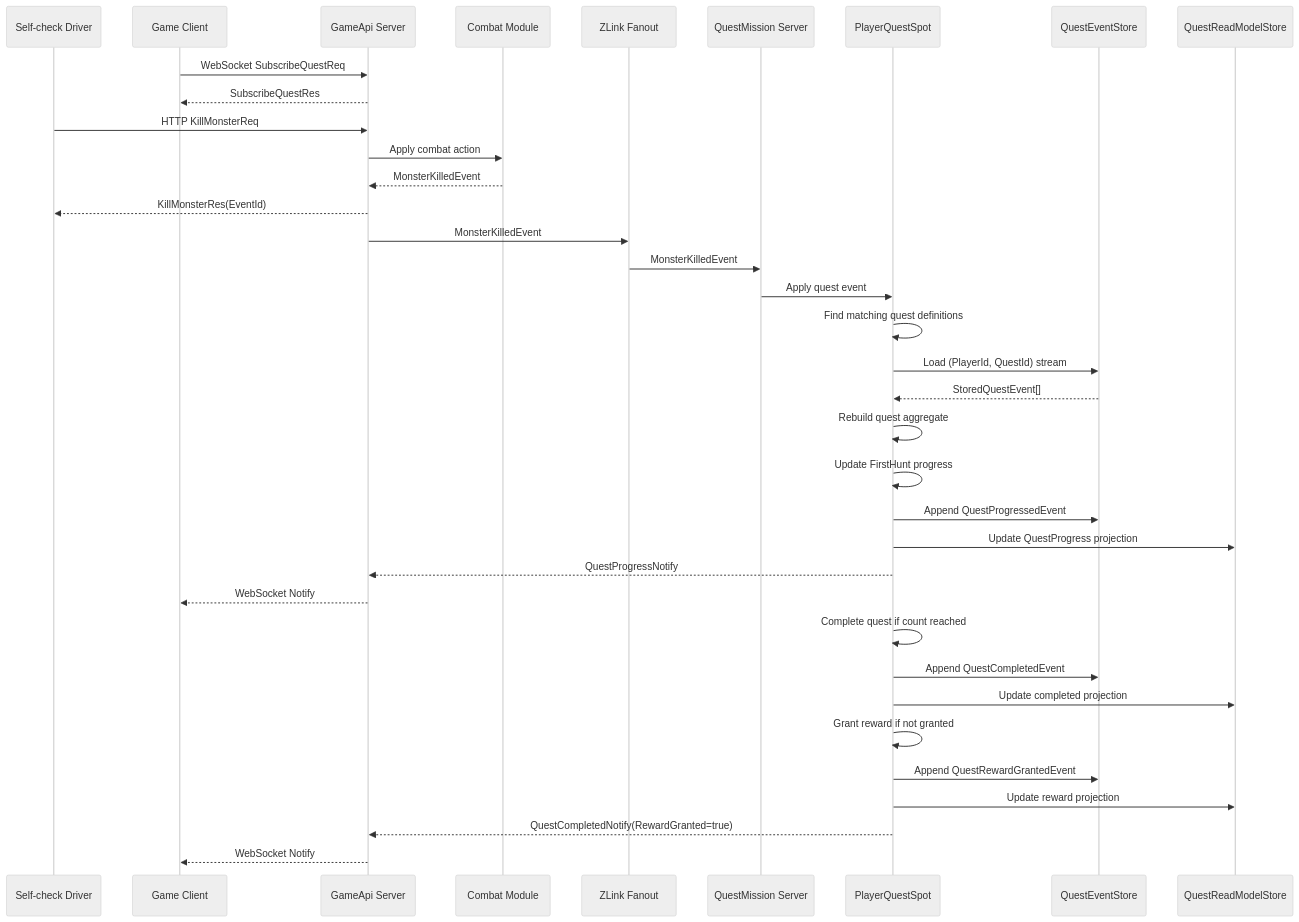
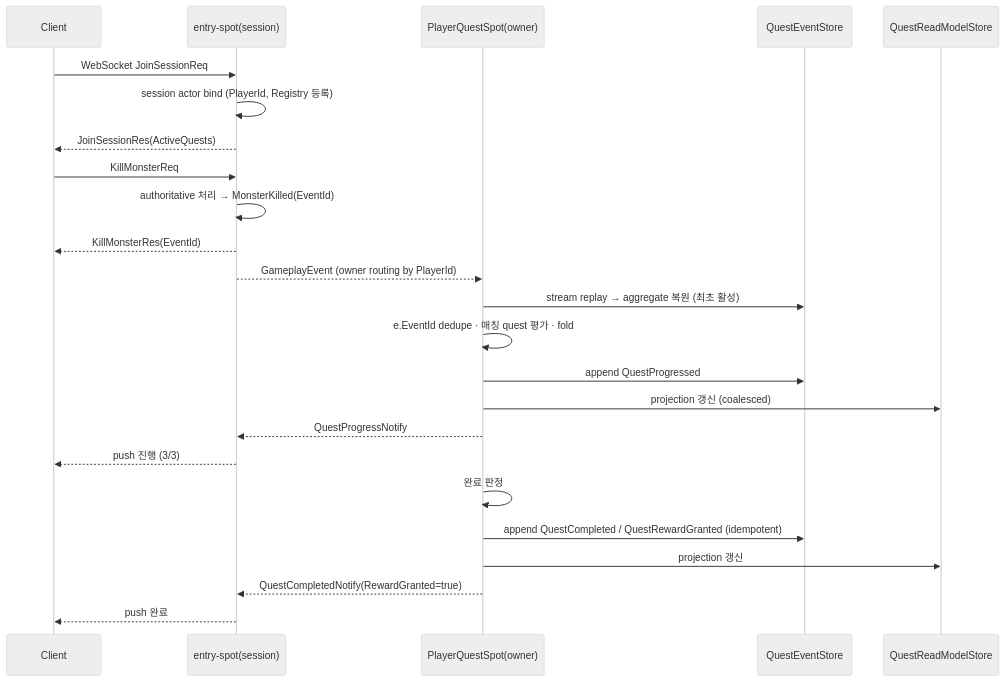
One commit to kairos-code-dev/zlink changed the fourth of 4 diagrams in framework/doc/framework/common/sample/event/gamequest.ko.md. Above: the diagram before and after it, drawn with Mermaid (neutral theme). The commit also changed other lines of this file and 100 other files, not shown here.

````diff
--- a/framework/doc/framework/common/sample/event/gamequest.ko.md
+++ b/framework/doc/framework/common/sample/event/gamequest.ko.md
@@ -643,39 +430,30 @@
 ```mermaid
 sequenceDiagram
-    participant D as Self-check Driver
-    participant C as Game Client
-    participant API as GameApi Server
-    participant COM as Combat Module
-    participant BUS as ZLink Fanout
-    participant Q as QuestMission Server
-    participant P as PlayerQuestSpot
-    participant ES as QuestEventStore
-    participant RS as QuestReadModelStore
+    participant C as Client
+    participant ES as entry-spot(session)
+    participant P as PlayerQuestSpot(owner)
+    participant EVS as QuestEventStore
+    participant RM as QuestReadModelStore
 
-    C->>API: WebSocket SubscribeQuestReq
-    API-->>C: SubscribeQuestRes
-    D->>API: HTTP KillMonsterReq
-    API->>COM: Apply combat action
-    COM-->>API: MonsterKilledEvent
-    API-->>D: KillMonsterRes(EventId)
-    API->>BUS: MonsterKilledEvent
-    BUS->>Q: MonsterKilledEvent
-    Q->>P: Apply quest event
-    P->>P: Find matching quest definitions
-    P->>ES: Load (PlayerId, QuestId) stream
-    ES-->>P: StoredQuestEvent[]
-    P->>P: Rebuild quest aggregate
-    P->>P: Update FirstHunt progress
-    P->>ES: Append QuestProgressedEvent
-    P->>RS: Update QuestProgress projection
-    P-->>API: QuestProgressNotify
-    API-->>C: WebSocket Notify
-    P->>P: Complete quest if count reached
-    P->>ES: Append QuestCompletedEvent
-    P->>RS: Update completed projection
-    P->>P: Grant reward if not granted
-    P->>ES: Append QuestRewardGrantedEvent
-    P->>RS: Update reward projection
-    P-->>API: QuestCompletedNotify(RewardGranted=true)
-    API-->>C: WebSocket Notify
+    C->>ES: WebSocket JoinSessionReq
+    ES->>ES: session actor bind (PlayerId, Registry 등록)
+    ES-->>C: JoinSessionRes(ActiveQuests)
+
+    C->>ES: KillMonsterReq
+    ES->>ES: authoritative 처리 → MonsterKilled(EventId)
+    ES-->>C: KillMonsterRes(EventId)
+    ES-->>P: GameplayEvent (owner routing by PlayerId)
+
+    P->>EVS: stream replay → aggregate 복원 (최초 활성)
+    P->>P: e.EventId dedupe · 매칭 quest 평가 · fold
+    P->>EVS: append QuestProgressed
+    P->>RM: projection 갱신 (coalesced)
+    P-->>ES: QuestProgressNotify
+    ES-->>C: push 진행 (3/3)
+
+    P->>P: 완료 판정
+    P->>EVS: append QuestCompleted / QuestRewardGranted (idempotent)
+    P->>RM: projection 갱신
+    P-->>ES: QuestCompletedNotify(RewardGranted=true)
+    ES-->>C: push 완료
 ```
````
